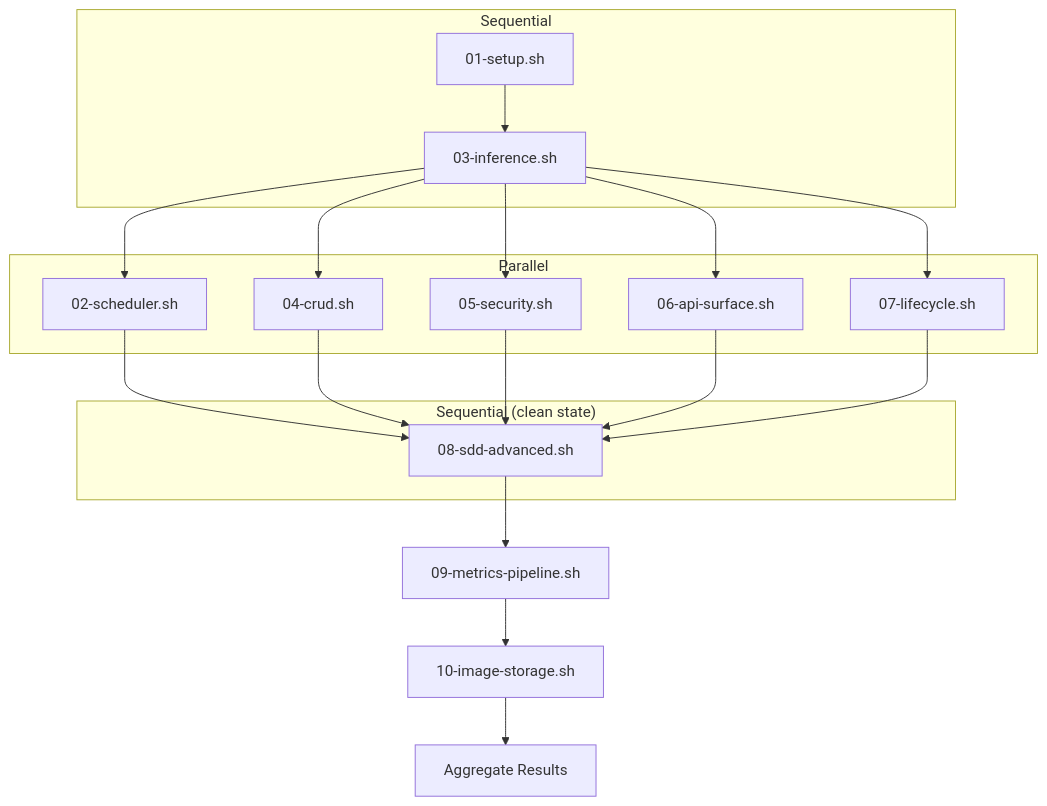
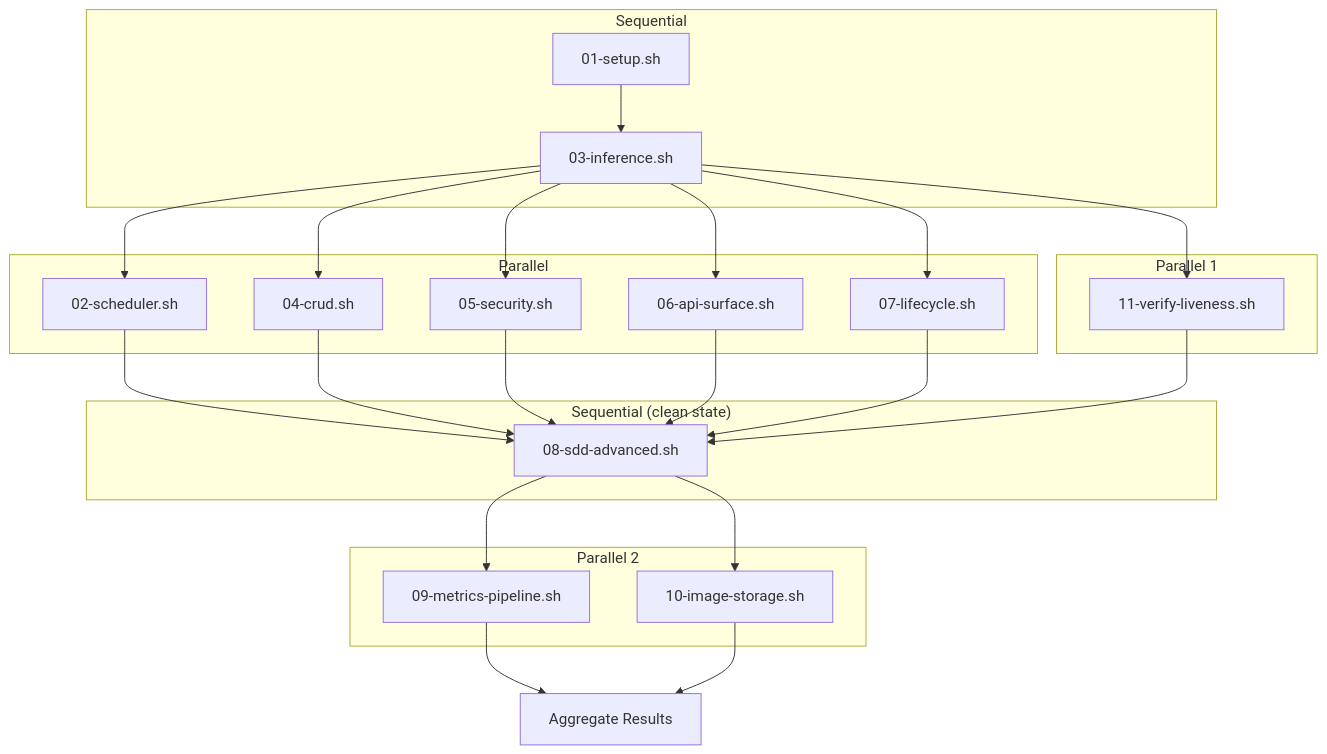
The first of 10 diagrams in scripts/e2e/README.md (beegy-labs/veronex), drawn with Mermaid before and after one commit. The commit also changed other lines of this file and 125 other files, not shown here.

````diff
--- a/scripts/e2e/README.md
+++ b/scripts/e2e/README.md
@@ -23,26 +23,40 @@
 ```mermaid
 flowchart TD
     subgraph "Sequential"
         S01["01-setup.sh"]
         S03["03-inference.sh"]
         S01 --> S03
     end
 
     subgraph "Parallel"
         P02["02-scheduler.sh"]
         P04["04-crud.sh"]
         P05["05-security.sh"]
         P06["06-api-surface.sh"]
         P07["07-lifecycle.sh"]
     end
 
     subgraph "Sequential (clean state)"
         S08["08-sdd-advanced.sh"]
     end
 
-    S03 --> P02 & P04 & P05 & P06 & P07
-    P02 & P04 & P05 & P06 & P07 --> S08
-    S08 --> S09["09-metrics-pipeline.sh"]
-    S09 --> S10["10-image-storage.sh"]
-    S10 --> Result["Aggregate Results"]
+    S03 --> P02 & P04 & P05 & P06 & P07 & P11
+    P02 & P04 & P05 & P06 & P07 & P11 --> S08
+
+    subgraph "Parallel 1"
+        P02["02-scheduler.sh"]
+        P04["04-crud.sh"]
+        P05["05-security.sh"]
+        P06["06-api-surface.sh"]
+        P07["07-lifecycle.sh"]
+        P11["11-verify-liveness.sh"]
+    end
+
+    subgraph "Parallel 2"
+        P09["09-metrics-pipeline.sh"]
+        P10["10-image-storage.sh"]
+    end
+
+    S08 --> P09 & P10
+    P09 & P10 --> Result["Aggregate Results"]
 ```
````
